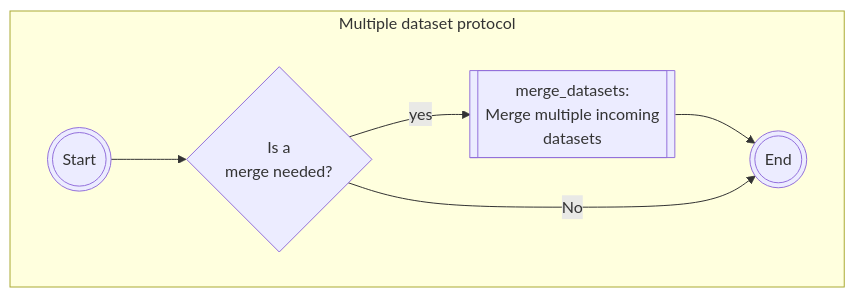
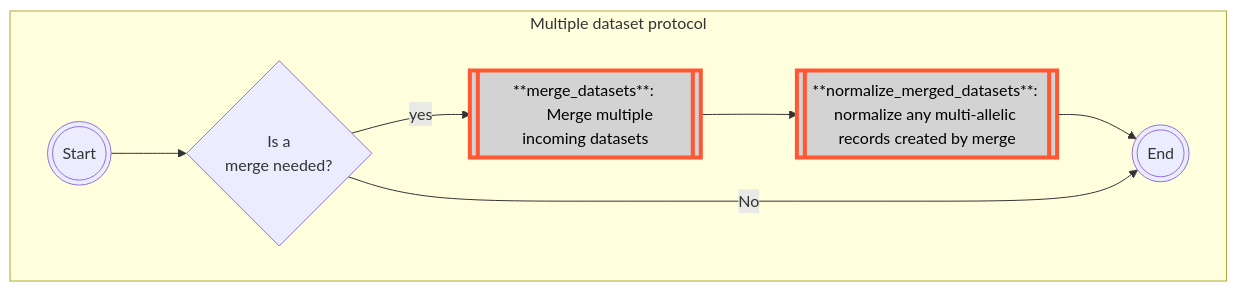
One commit to Tuks-ICMM/Pharmacogenetic-Analysis-Pipeline changed the seventh of 34 diagrams in docs/02-workflow/02-methodology-summary.md. Above: the diagram before and after it, drawn with Mermaid. The commit also changed other lines of this file, not shown here.

````diff
--- a/docs/02-workflow/02-methodology-summary.md
+++ b/docs/02-workflow/02-methodology-summary.md
@@ -447,14 +516,21 @@
   ```mermaid
   flowchart TD
     subgraph multipleVcfProtocol [Multiple dataset protocol]
       direction LR
-      multipleVcfProtocolStart(((Start)))
-      ifMergeRequired{Is a \nmerge needed?}
-      merge_datasets[[merge_datasets:\nMerge multiple incoming\ndatasets]]
-      multipleVcfProtocolEnd(((End)))
+      
+        classDef bcftools stroke:#FF5733,fill:#D3D3D3,stroke-width:4px,color:black;
+        multipleVcfProtocolStart(((Start)))
+        ifMergeRequired{Is a 
+merge needed?}
+        merge_datasets[[**merge_datasets**: 
+        Merge multiple incoming datasets]]
 
-      multipleVcfProtocolStart --> ifMergeRequired
-      ifMergeRequired --> |yes| merge_datasets --> multipleVcfProtocolEnd
-      ifMergeRequired --> |No| multipleVcfProtocolEnd
+        normalize_merged_datasets[[**normalize_merged_datasets**: normalize any multi-allelic records created by merge]]
+        multipleVcfProtocolEnd(((End)))
+
+        class merge_datasets,normalize_merged_datasets bcftools;
+        multipleVcfProtocolStart --> ifMergeRequired
+        ifMergeRequired --> |yes| merge_datasets --> normalize_merged_datasets --> multipleVcfProtocolEnd
+        ifMergeRequired --> |No| multipleVcfProtocolEnd
     end
   ```
````
